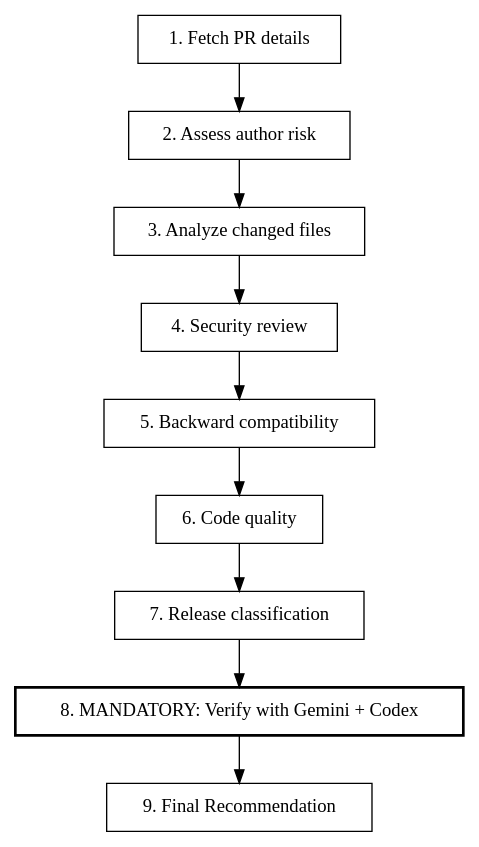
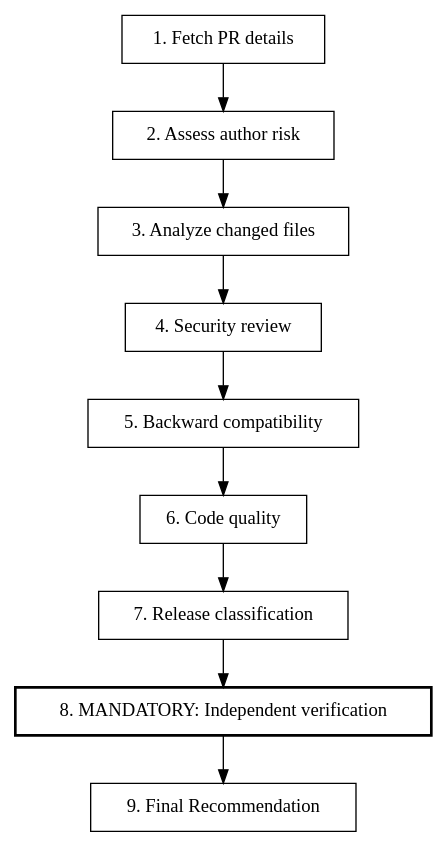
The diagram in .claude/skills/review-pr/SKILL.md (KornaKube/terraform-hcloud-kube-hetzner), drawn with Graphviz before and after one commit. The commit also changed other lines of this file and 27 other files, not shown here.

````diff
--- a/.claude/skills/review-pr/SKILL.md
+++ b/.claude/skills/review-pr/SKILL.md
@@ -31,25 +31,25 @@
 ```dot
 digraph review_flow {
     rankdir=TB;
     node [shape=box];
 
     fetch [label="1. Fetch PR details"];
     author [label="2. Assess author risk"];
     files [label="3. Analyze changed files"];
     security [label="4. Security review"];
     compat [label="5. Backward compatibility"];
     quality [label="6. Code quality"];
     classify [label="7. Release classification"];
-    verify [label="8. MANDATORY: Verify with Gemini + Codex", style=bold];
+    verify [label="8. MANDATORY: Independent verification", style=bold];
     recommend [label="9. Final Recommendation"];
 
     fetch -> author;
     author -> files;
     files -> security;
     security -> compat;
     compat -> quality;
     quality -> classify;
     classify -> verify;
     verify -> recommend;
 }
 ```
````
